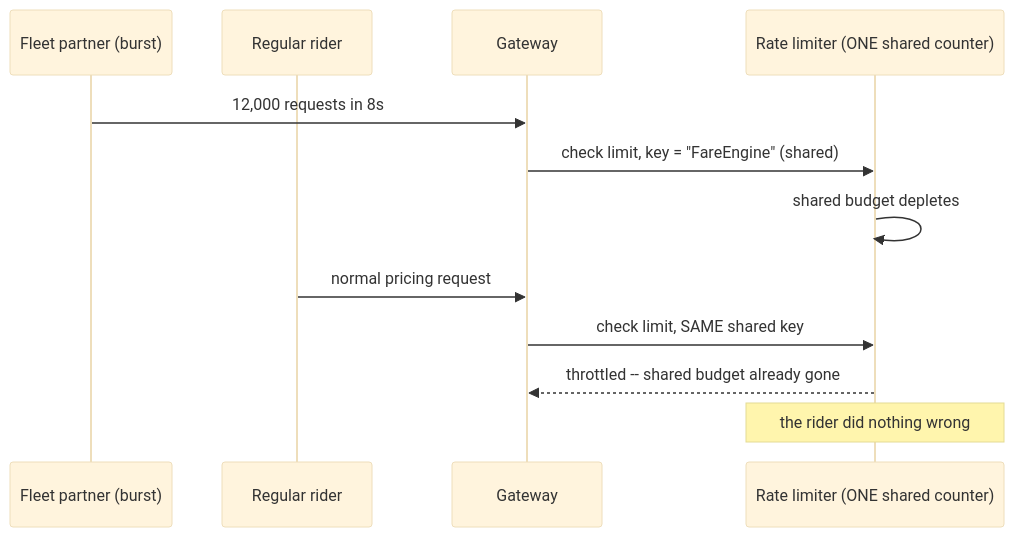
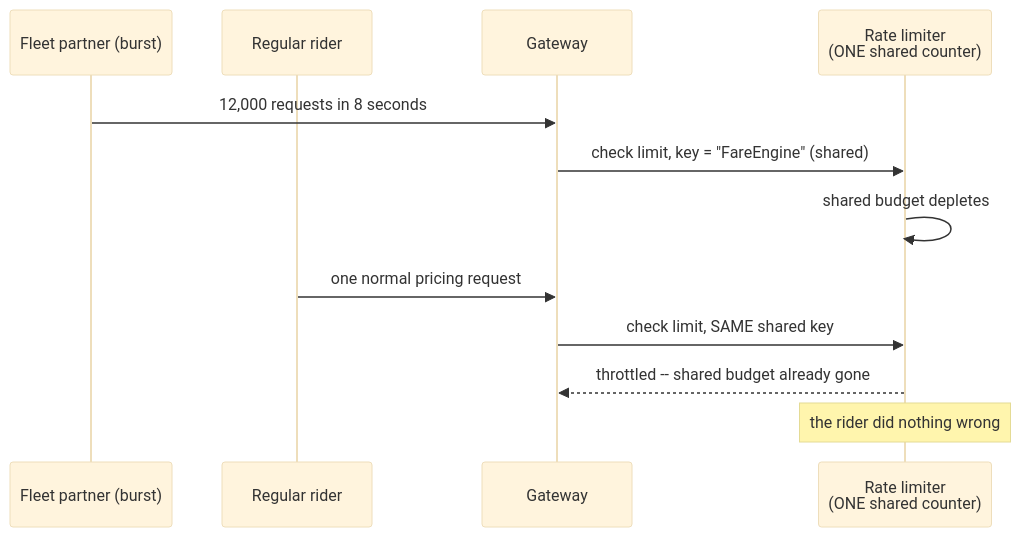
Before and after one commit to riyaz-pasha/Learnings: the eighth of 13 diagrams in system-design/HLD/0-course/64-Design-an-API-Gateway-FAANG-Guide-story.md, drawn with Mermaid (base theme). The commit also changed other lines of this file and 1 other file, not shown here.

Commit message:
[REWRITE] API Gateway story guide: simplify prose, add structure, fix diagrams

````diff
--- a/system-design/HLD/0-course/64-Design-an-API-Gateway-FAANG-Guide-story.md
+++ b/system-design/HLD/0-course/64-Design-an-API-Gateway-FAANG-Guide-story.md
@@ -296,15 +461,15 @@
 ```mermaid
 sequenceDiagram
     participant Partner as Fleet partner (burst)
     participant Rider as Regular rider
     participant GW as Gateway
-    participant RL as Rate limiter (ONE shared counter)
+    participant RL as Rate limiter<br/>(ONE shared counter)
 
-    Partner->>GW: 12,000 requests in 8s
+    Partner->>GW: 12,000 requests in 8 seconds
     GW->>RL: check limit, key = "FareEngine" (shared)
     RL->>RL: shared budget depletes
-    Rider->>GW: normal pricing request
+    Rider->>GW: one normal pricing request
     GW->>RL: check limit, SAME shared key
     RL-->>GW: throttled -- shared budget already gone
     Note over RL: the rider did nothing wrong
 ```
````
